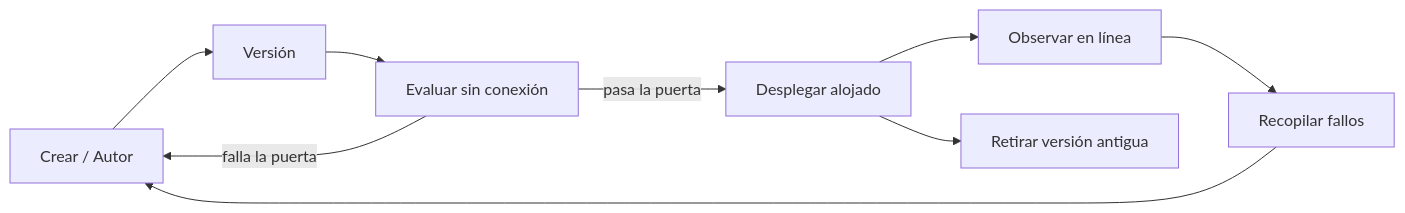
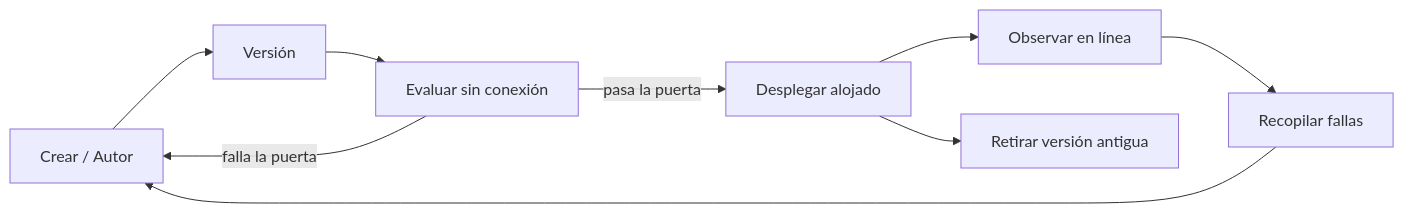
The second of 4 diagrams in mirrors/repos/microsoft@ai-agents-for-beginners/translations/es/16-deploying-scalable-agents/README.md (gabrielmoreira/agent-skills-mirror), drawn with Mermaid before and after one commit. The commit also changed other lines of this file and 3581 other files, not shown here.

````diff
--- a/mirrors/repos/microsoft@ai-agents-for-beginners/translations/es/16-deploying-scalable-agents/README.md
+++ b/mirrors/repos/microsoft@ai-agents-for-beginners/translations/es/16-deploying-scalable-agents/README.md
@@ -108,11 +108,11 @@
 ```mermaid
 flowchart LR
     Create[Crear / Autor] --> Version[Versión]
     Version --> Evaluate[Evaluar sin conexión]
     Evaluate -->|pasa la puerta| Deploy[Desplegar alojado]
     Evaluate -->|falla la puerta| Create
     Deploy --> Observe[Observar en línea]
-    Observe --> Improve[Recopilar fallos]
+    Observe --> Improve[Recopilar fallas]
     Improve --> Create
     Deploy --> Retire[Retirar versión antigua]
 ```
````
